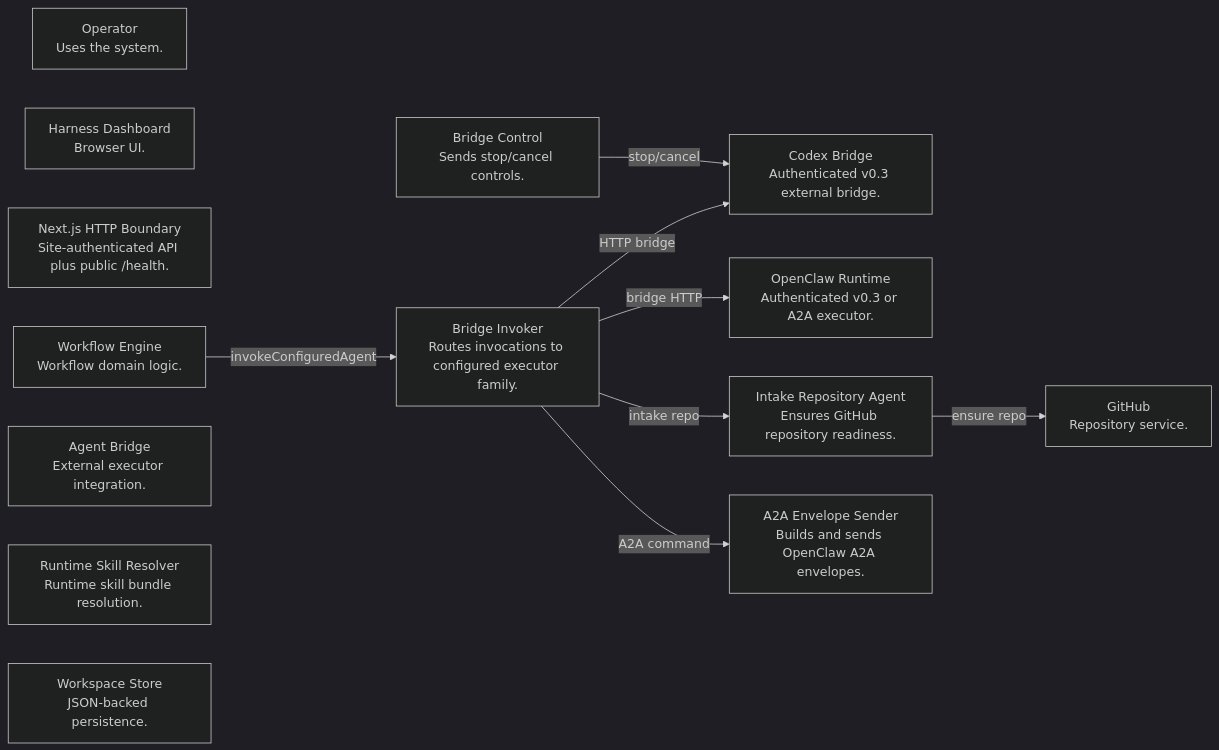
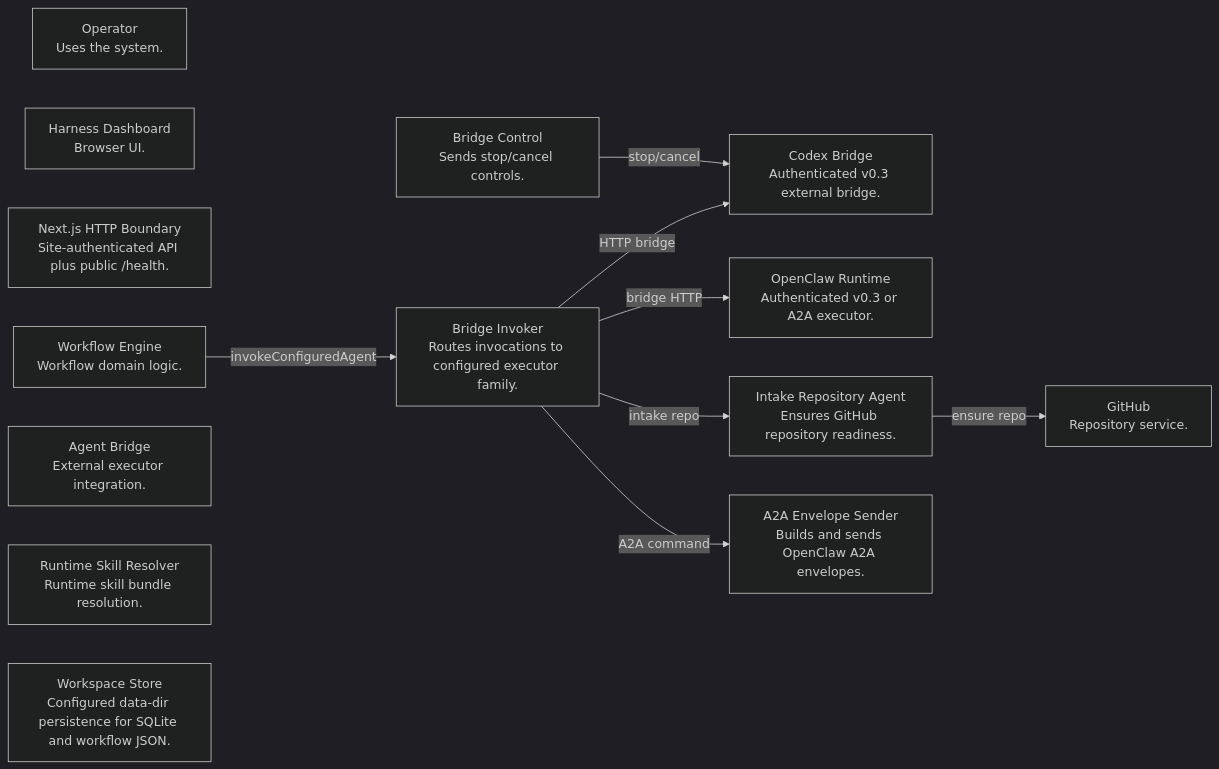
The diagram in wiki/c4/diagrams/component-agent-bridge.mmd (linderwu/harness-framework), drawn with Mermaid (dark theme) before and after one commit. The commit also changed 23 other files, not shown here.

```diff
--- a/wiki/c4/diagrams/component-agent-bridge.mmd
+++ b/wiki/c4/diagrams/component-agent-bridge.mmd
@@ -1,23 +1,23 @@
 flowchart LR
   %% Agent Bridge Components
   operator["Operator<br/>Uses the system."]
   dashboard["Harness Dashboard<br/>Browser UI."]
   api["Next.js HTTP Boundary<br/>Site-authenticated API plus public /health."]
   engine["Workflow Engine<br/>Workflow domain logic."]
   bridge["Agent Bridge<br/>External executor integration."]
   resolver["Runtime Skill Resolver<br/>Runtime skill bundle resolution."]
-  store["Workspace Store<br/>JSON-backed persistence."]
+  store["Workspace Store<br/>Configured data-dir persistence for SQLite and workflow JSON."]
   codex["Codex Bridge<br/>Authenticated v0.3 external bridge."]
   openclaw["OpenClaw Runtime<br/>Authenticated v0.3 or A2A executor."]
   github["GitHub<br/>Repository service."]
   invoker["Bridge Invoker<br/>Routes invocations to configured executor family."]
   intake["Intake Repository Agent<br/>Ensures GitHub repository readiness."]
   a2a["A2A Envelope Sender<br/>Builds and sends OpenClaw A2A envelopes."]
   control["Bridge Control<br/>Sends stop/cancel controls."]
   engine -->|"invokeConfiguredAgent"| invoker
   invoker -->|"HTTP bridge"| codex
   invoker -->|"bridge HTTP"| openclaw
   invoker -->|"A2A command"| a2a
   invoker -->|"intake repo"| intake
   intake -->|"ensure repo"| github
   control -->|"stop/cancel"| codex
```
